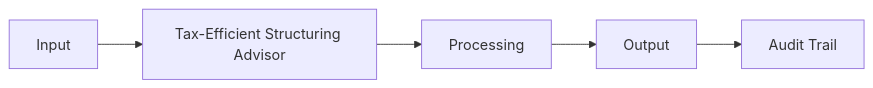
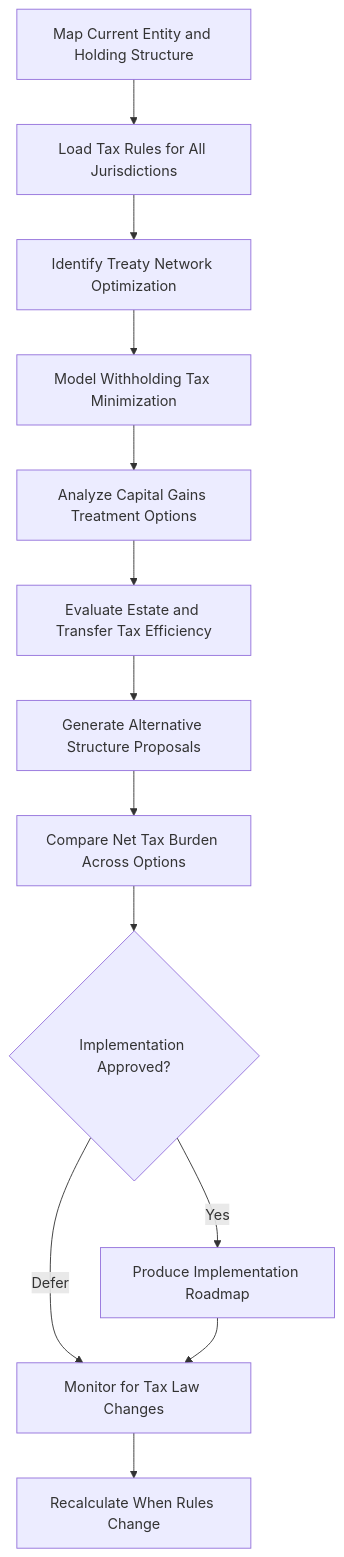
The diagram in docs/audiences/06-family-offices/tax-efficient-structuring-advisor.mdx (andrew-leo-2024/marketplace-docs), drawn with Mermaid before and after one commit. The commit also changed other lines of this file and 401 other files, not shown here.

````diff
--- a/docs/audiences/06-family-offices/tax-efficient-structuring-advisor.mdx
+++ b/docs/audiences/06-family-offices/tax-efficient-structuring-advisor.mdx
@@ -29,7 +35,15 @@
 ```mermaid
-graph LR
-    A[Input] --> B[Tax-Efficient Structuring Advisor]
-    B --> C[Processing]
-    C --> D[Output]
-    D --> E[Audit Trail]
+graph TD
+    A[Map Current Entity and Holding Structure] --> B[Load Tax Rules for All Jurisdictions]
+    B --> C[Identify Treaty Network Optimization]
+    C --> D[Model Withholding Tax Minimization]
+    D --> E[Analyze Capital Gains Treatment Options]
+    E --> F[Evaluate Estate and Transfer Tax Efficiency]
+    F --> G[Generate Alternative Structure Proposals]
+    G --> H[Compare Net Tax Burden Across Options]
+    H --> I{Implementation Approved?}
+    I -->|Yes| J[Produce Implementation Roadmap]
+    I -->|Defer| K[Monitor for Tax Law Changes]
+    J --> K
+    K --> L[Recalculate When Rules Change]
 ```
````
